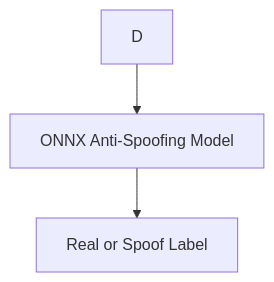
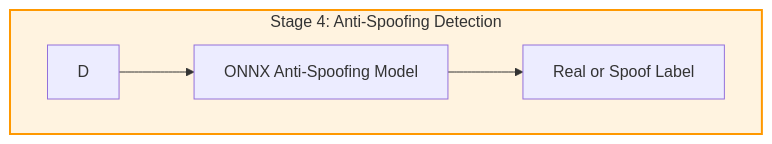
One commit to Tharun-selladurai/face_liveliness_web_platform changed the fifth of 7 diagrams in README.md. Above: the diagram before and after it, drawn with Mermaid. The commit also changed other lines of this file, not shown here.

````diff
--- a/README.md
+++ b/README.md
@@ -63,5 +59,8 @@
-    ```mermaid
-    graph TD;
-        D --> G[ONNX Anti-Spoofing Model];
-        G --> H[Real or Spoof Label];
-    ```
+```mermaid
+graph TD;
+    subgraph Stage4[Stage 4: Anti-Spoofing Detection]
+    style Stage4 fill:#FFF3E0,stroke:#FF9800,stroke-width:2px;
+        D --> H[ONNX Anti-Spoofing Model]
+        H --> I[Real or Spoof Label]
+    end
+```
````
